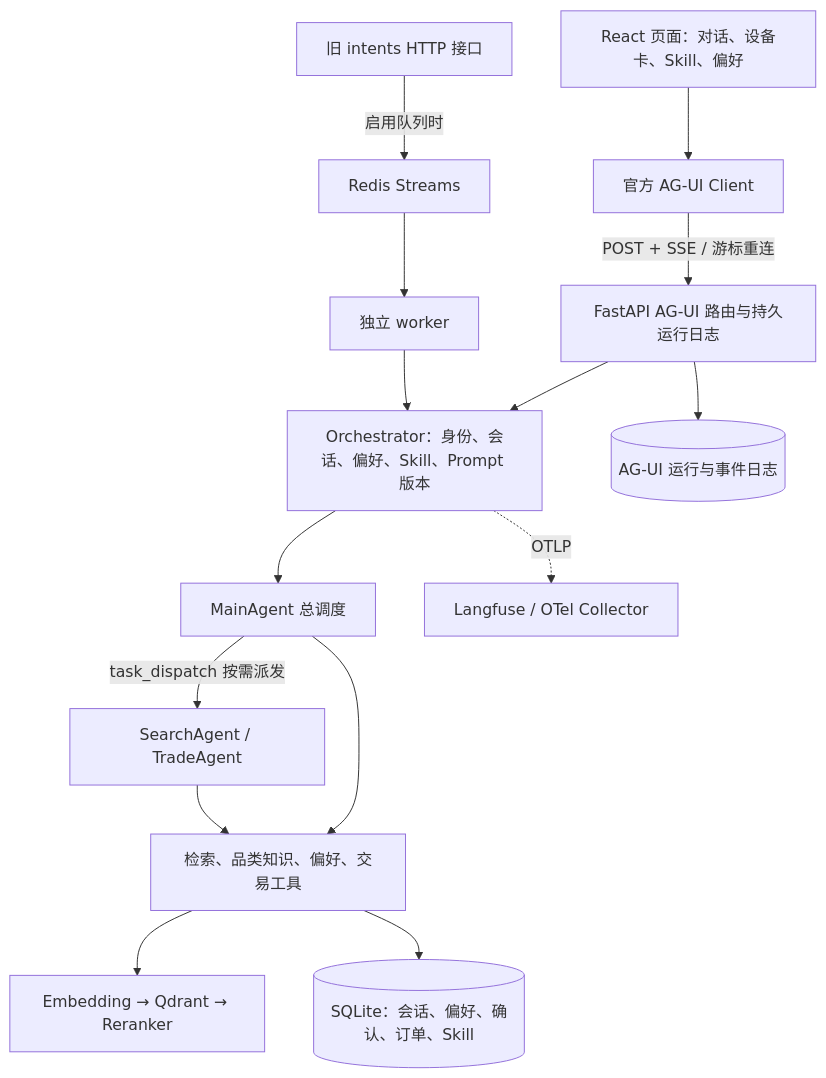
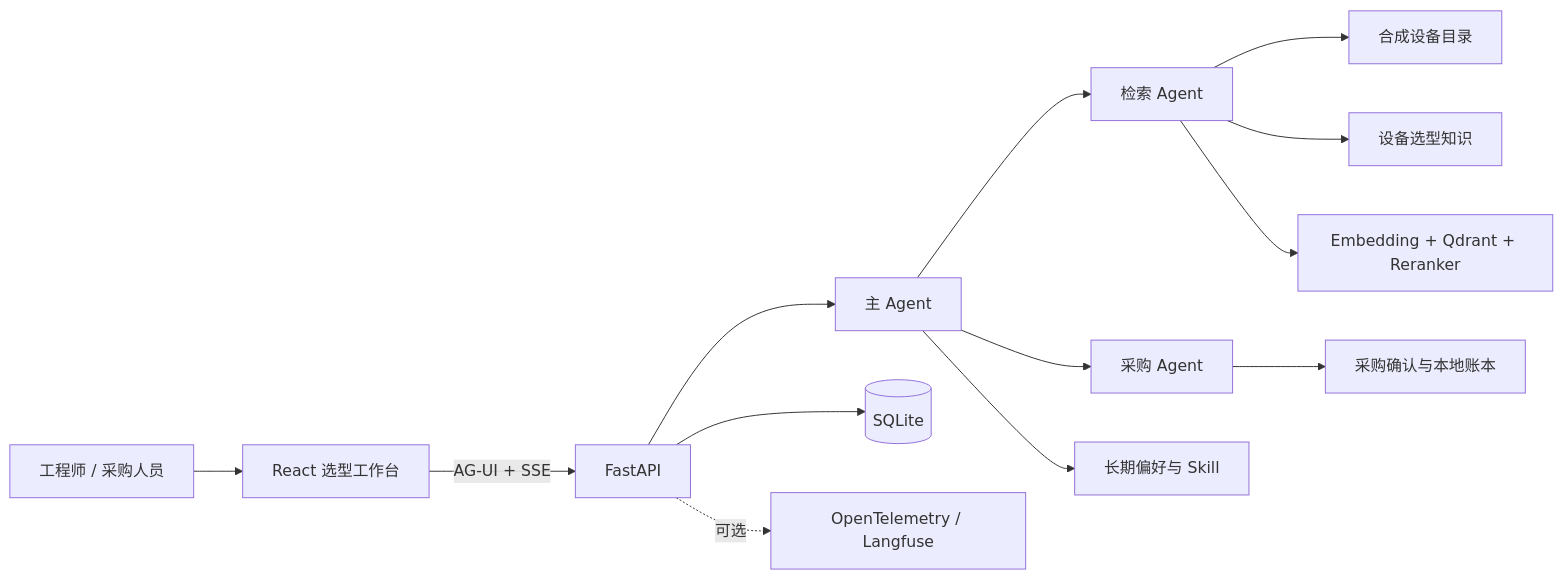
The diagram in README.md (Chean-z/EquipForge), drawn with Mermaid before and after one commit. The commit also changed other lines of this file and 1 other file, not shown here.

````diff
--- a/README.md
+++ b/README.md
@@ -120,17 +208,15 @@
 ```mermaid
-flowchart TD
-    UI[React 页面：对话、设备卡、Skill、偏好] --> Client[官方 AG-UI Client]
-    Client -->|POST + SSE / 游标重连| API[FastAPI AG-UI 路由与持久运行日志]
-    API --> Orchestrator[Orchestrator：身份、会话、偏好、Skill、Prompt 版本]
-    Orchestrator --> Main[MainAgent 总调度]
-    Main --> Tools[检索、品类知识、偏好、交易工具]
-    Main -->|task_dispatch 按需派发| Sub[SearchAgent / TradeAgent]
-    Sub --> Tools
-    Tools --> Search[Embedding → Qdrant → Reranker]
-    Tools --> DB[(SQLite：会话、偏好、确认、订单、Skill)]
-    API --> Journal[(AG-UI 运行与事件日志)]
-    Legacy[旧 intents HTTP 接口] -->|启用队列时| Redis[Redis Streams]
-    Redis --> Worker[独立 worker]
-    Worker --> Orchestrator
-    Orchestrator -. OTLP .-> Trace[Langfuse / OTel Collector]
+flowchart LR
+    User[工程师 / 采购人员] --> UI[React 选型工作台]
+    UI -->|AG-UI + SSE| API[FastAPI]
+    API --> Main[主 Agent]
+    Main --> Search[检索 Agent]
+    Main --> Trade[采购 Agent]
+    Search --> Catalog[合成设备目录]
+    Search --> KB[设备选型知识]
+    Search --> Vector[Embedding + Qdrant + Reranker]
+    Main --> Memory[长期偏好与 Skill]
+    Trade --> Confirm[采购确认与本地账本]
+    API --> Store[(SQLite)]
+    API -.可选.-> Trace[OpenTelemetry / Langfuse]
 ```
````
